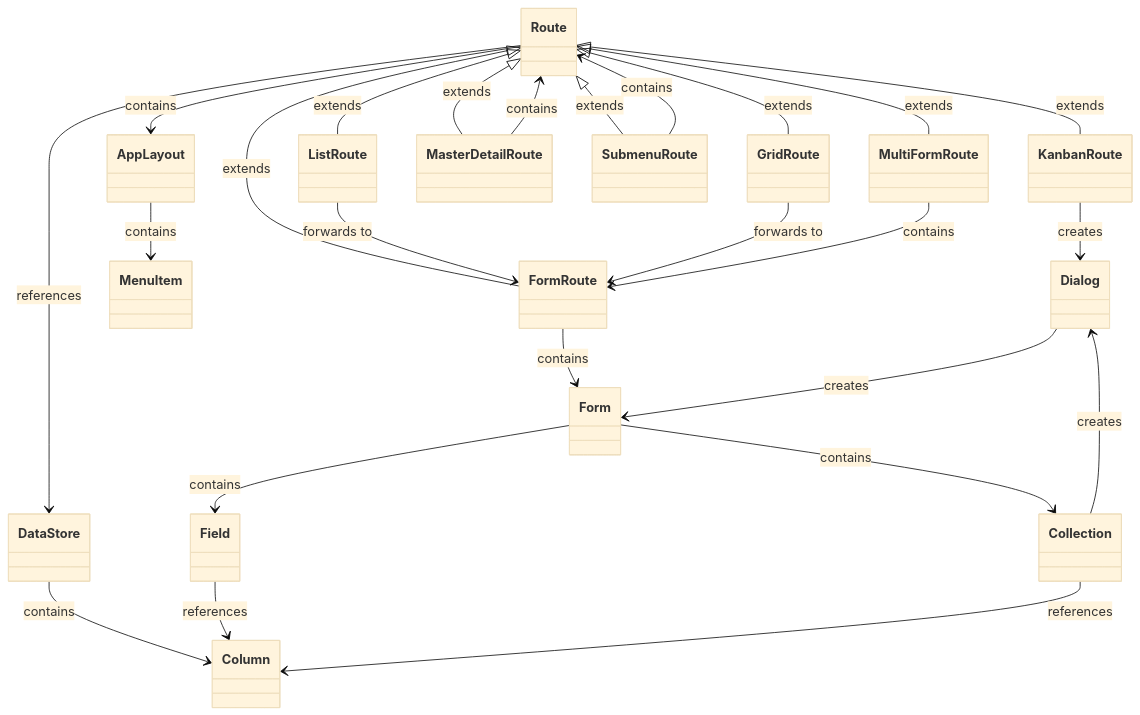
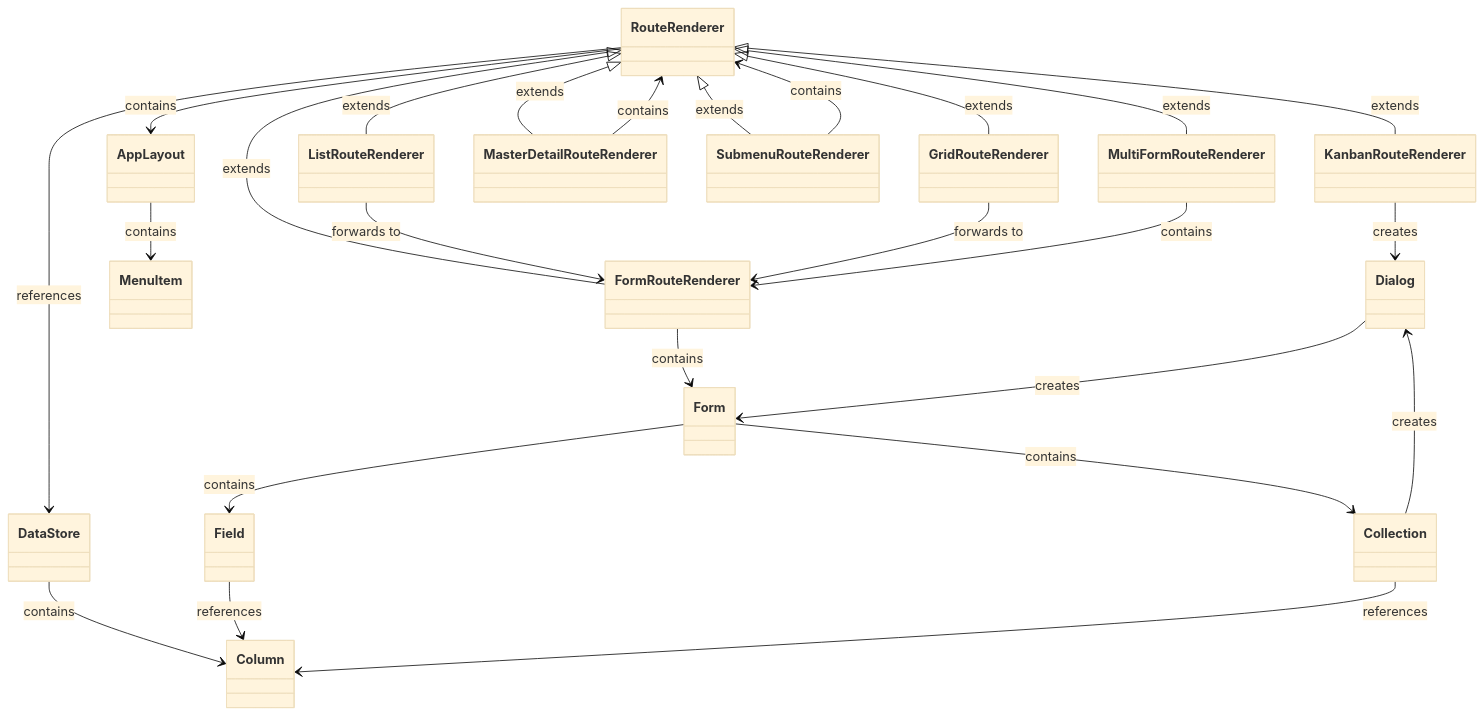
The second of 3 diagrams in README.md (appreciated/vortex-crud), drawn with Mermaid (base theme) before and after one commit. The commit also changed other lines of this file, not shown here.

````diff
--- a/README.md
+++ b/README.md
@@ -288,44 +319,44 @@
 ```mermaid
 classDiagram
     class Dialog
     class DataStore
     class Column
-    class Route 
-    class KanbanRoute
+    class RouteRenderer 
+    class KanbanRouteRenderer
     class AppLayout 
     class MenuItem
-    class FormRoute
-    class GridRoute
-    class ListRoute
-    class MasterDetailRoute
-    class SubmenuRoute
-    class MultiFormRoute
-    class FormRoute
+    class FormRouteRenderer
+    class GridRouteRenderer
+    class ListRouteRenderer
+    class MasterDetailRouteRenderer
+    class SubmenuRouteRenderer
+    class MultiFormRouteRenderer
+    class FormRouteRenderer
     class Field
     class Collection
     
-    Route <|-- GridRoute: extends
-    Route <|-- KanbanRoute: extends
-    Route <|-- ListRoute: extends
-    Route <|-- MasterDetailRoute: extends
-    Route <|-- SubmenuRoute: extends
-    Route <|-- MultiFormRoute: extends
-    Route <|-- FormRoute: extends
-    Route --> AppLayout: contains
-    SubmenuRoute --> Route: contains
-    MasterDetailRoute --> Route: contains
+    RouteRenderer <|-- GridRouteRenderer: extends
+    RouteRenderer <|-- KanbanRouteRenderer: extends
+    RouteRenderer <|-- ListRouteRenderer: extends
+    RouteRenderer <|-- MasterDetailRouteRenderer: extends
+    RouteRenderer <|-- SubmenuRouteRenderer: extends
+    RouteRenderer <|-- MultiFormRouteRenderer: extends
+    RouteRenderer <|-- FormRouteRenderer: extends
+    RouteRenderer --> AppLayout: contains
+    SubmenuRouteRenderer --> RouteRenderer: contains
+    MasterDetailRouteRenderer --> RouteRenderer: contains
     AppLayout --> MenuItem: contains
-    ListRoute --> FormRoute: forwards to
-    GridRoute --> FormRoute: forwards to
-    FormRoute --> Form: contains
-    MultiFormRoute --> FormRoute: contains
+    ListRouteRenderer --> FormRouteRenderer: forwards to
+    GridRouteRenderer --> FormRouteRenderer: forwards to
+    FormRouteRenderer --> Form: contains
+    MultiFormRouteRenderer --> FormRouteRenderer: contains
     Form --> Field: contains
     Form --> Collection: contains
-    Route --> DataStore: references
+    RouteRenderer --> DataStore: references
     DataStore --> Column: contains
     Field --> Column: references
     Collection --> Column: references
     Collection --> Dialog: creates
-    KanbanRoute --> Dialog: creates
+    KanbanRouteRenderer --> Dialog: creates
     Dialog --> Form: creates
 ```
````
